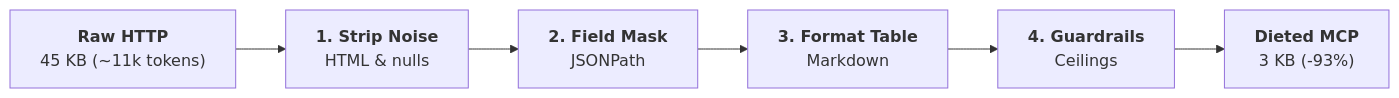
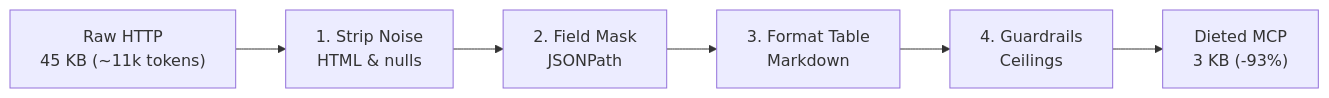
Before and after one commit to BraveRam/postmcp: the diagram in packages/studio/content/docs/token-diet/index.mdx, drawn with Mermaid. The commit also changed other lines of this file and 12 other files, not shown here.

Commit message:
docs(mermaid): fix edge statement grammar and scrub obsolete preset references across documentation

````diff
--- a/packages/studio/content/docs/token-diet/index.mdx
+++ b/packages/studio/content/docs/token-diet/index.mdx
@@ -15,9 +15,8 @@
 ```mermaid
 flowchart LR
-  Raw["<b>Raw HTTP</b><br/>45 KB (~11k tokens)"]
-  --> S1["<b>1. Strip Noise</b><br/>HTML & nulls"]
-  --> S2["<b>2. Field Mask</b><br/>JSONPath"]
-  --> S3["<b>3. Format Table</b><br/>Markdown"]
-  --> S4["<b>4. Guardrails</b><br/>Ceilings"]
-  --> Out["<b>Dieted MCP</b><br/>3 KB (-93%)"]
+  Raw["Raw HTTP<br/>45 KB (~11k tokens)"] --> S1["1. Strip Noise<br/>HTML & nulls"]
+  S1 --> S2["2. Field Mask<br/>JSONPath"]
+  S2 --> S3["3. Format Table<br/>Markdown"]
+  S3 --> S4["4. Guardrails<br/>Ceilings"]
+  S4 --> Out["Dieted MCP<br/>3 KB (-93%)"]
 ```
````
